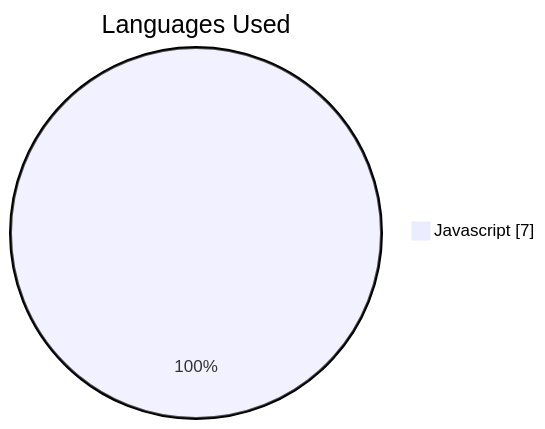
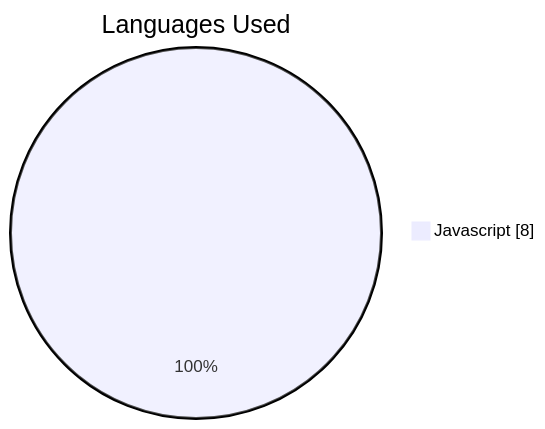
One commit to JakubPawinski/gitcode-solutions changed the second of 6 diagrams in README.md. Above: the diagram before and after it, drawn with Mermaid. The commit also changed other lines of this file, not shown here.

````diff
--- a/README.md
+++ b/README.md
@@ -124,5 +122,5 @@
 ```mermaid
 pie showData
     title Languages Used
-    "Javascript" : 7
+    "Javascript" : 8
 ```
````
